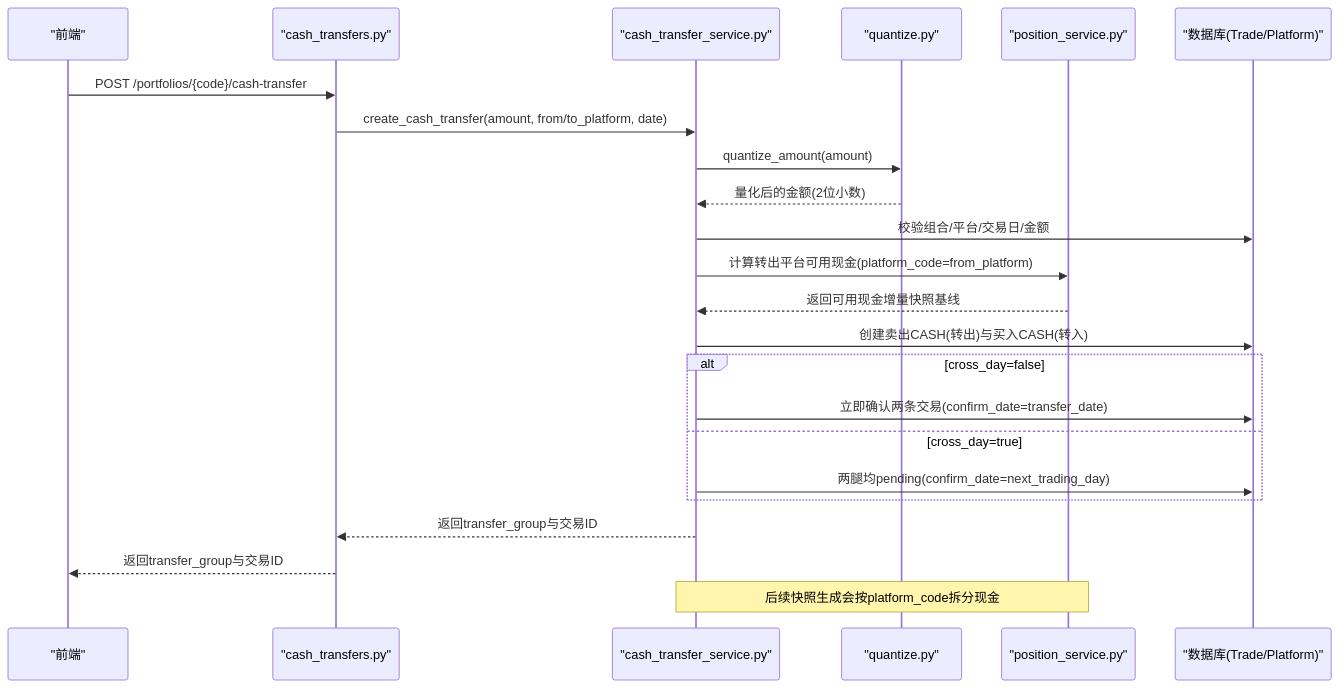
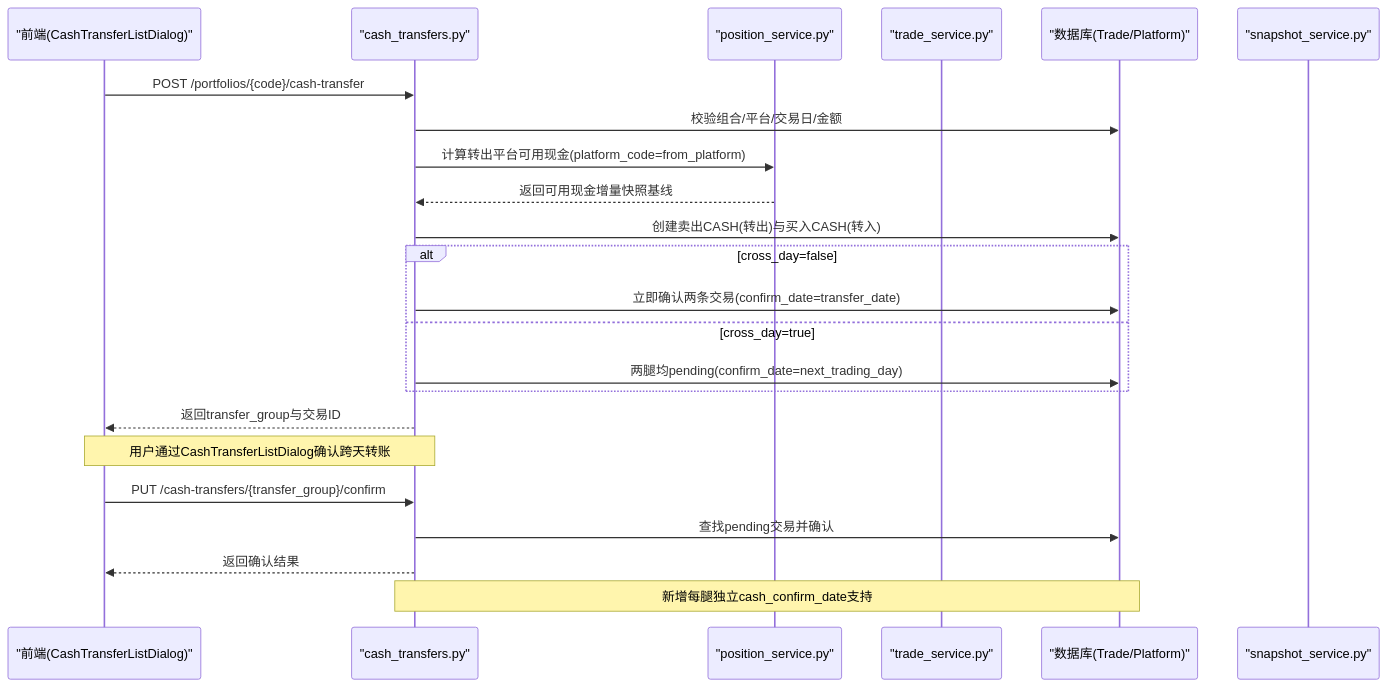
One commit to gujialind/InvestRing changed the second of 9 diagrams in .qoder/repowiki/zh/content/核心业务功能/平台间现金转移系统.md. Above: the diagram before and after it, drawn with Mermaid. The commit also changed other lines of this file and 64 other files, not shown here.

````diff
--- a/.qoder/repowiki/zh/content/核心业务功能/平台间现金转移系统.md
+++ b/.qoder/repowiki/zh/content/核心业务功能/平台间现金转移系统.md
@@ -148,25 +148,25 @@
 ```mermaid
 sequenceDiagram
-participant FE as "前端"
+participant FE as "前端(CashTransferListDialog)"
 participant RT as "cash_transfers.py"
-participant CS as "cash_transfer_service.py"
-participant QZ as "quantize.py"
 participant PS as "position_service.py"
+participant TS as "trade_service.py"
 participant DB as "数据库(Trade/Platform)"
+participant SS as "snapshot_service.py"
 FE->>RT : POST /portfolios/{code}/cash-transfer
-RT->>CS : create_cash_transfer(amount, from/to_platform, date)
-CS->>QZ : quantize_amount(amount)
-QZ-->>CS : 量化后的金额(2位小数)
-CS->>DB : 校验组合/平台/交易日/金额
-CS->>PS : 计算转出平台可用现金(platform_code=from_platform)
-PS-->>CS : 返回可用现金增量快照基线
-CS->>DB : 创建卖出CASH(转出)与买入CASH(转入)
+RT->>DB : 校验组合/平台/交易日/金额
+RT->>PS : 计算转出平台可用现金(platform_code=from_platform)
+PS-->>RT : 返回可用现金增量快照基线
+RT->>DB : 创建卖出CASH(转出)与买入CASH(转入)
 alt cross_day=false
-CS->>DB : 立即确认两条交易(confirm_date=transfer_date)
+RT->>DB : 立即确认两条交易(confirm_date=transfer_date)
 else cross_day=true
-CS->>DB : 两腿均pending(confirm_date=next_trading_day)
+RT->>DB : 两腿均pending(confirm_date=next_trading_day)
 end
-CS-->>RT : 返回transfer_group与交易ID
 RT-->>FE : 返回transfer_group与交易ID
-Note over PS,CS : 后续快照生成会按platform_code拆分现金
+Note over FE,RT : 用户通过CashTransferListDialog确认跨天转账
+FE->>RT : PUT /cash-transfers/{transfer_group}/confirm
+RT->>DB : 查找pending交易并确认
+RT-->>FE : 返回确认结果
+Note over RT,DB : 新增每腿独立cash_confirm_date支持
 ```
````
